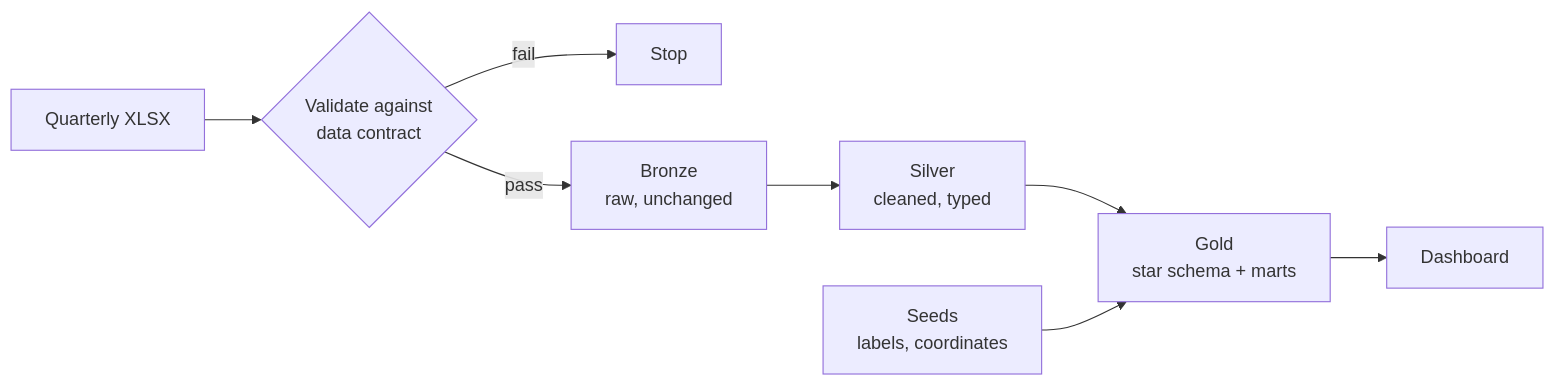
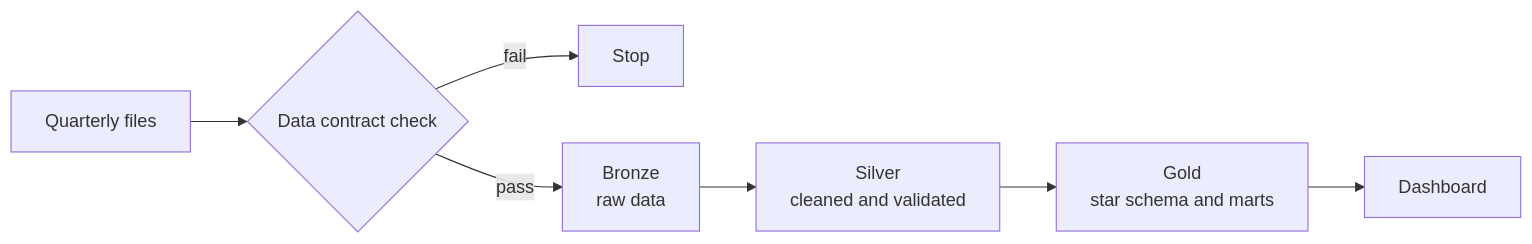
Before and after one commit to samaalharbi2/HAYY: the first of 2 diagrams in README.md, drawn with Mermaid. The commit also changed other lines of this file, not shown here.

````diff
--- a/README.md
+++ b/README.md
@@ -35,10 +23,9 @@
 ```mermaid
 flowchart LR
-    A[Quarterly XLSX] --> B{Validate against<br/>data contract}
+    A[Quarterly files] --> B{Data contract check}
     B -- fail --> X[Stop]
-    B -- pass --> C[Bronze<br/>raw, unchanged]
-    C --> D[Silver<br/>cleaned, typed]
-    D --> E[Gold<br/>star schema + marts]
-    S[Seeds<br/>labels, coordinates] --> E
+    B -- pass --> C[Bronze<br/>raw data]
+    C --> D[Silver<br/>cleaned and validated]
+    D --> E[Gold<br/>star schema and marts]
     E --> F[Dashboard]
 ```
````
